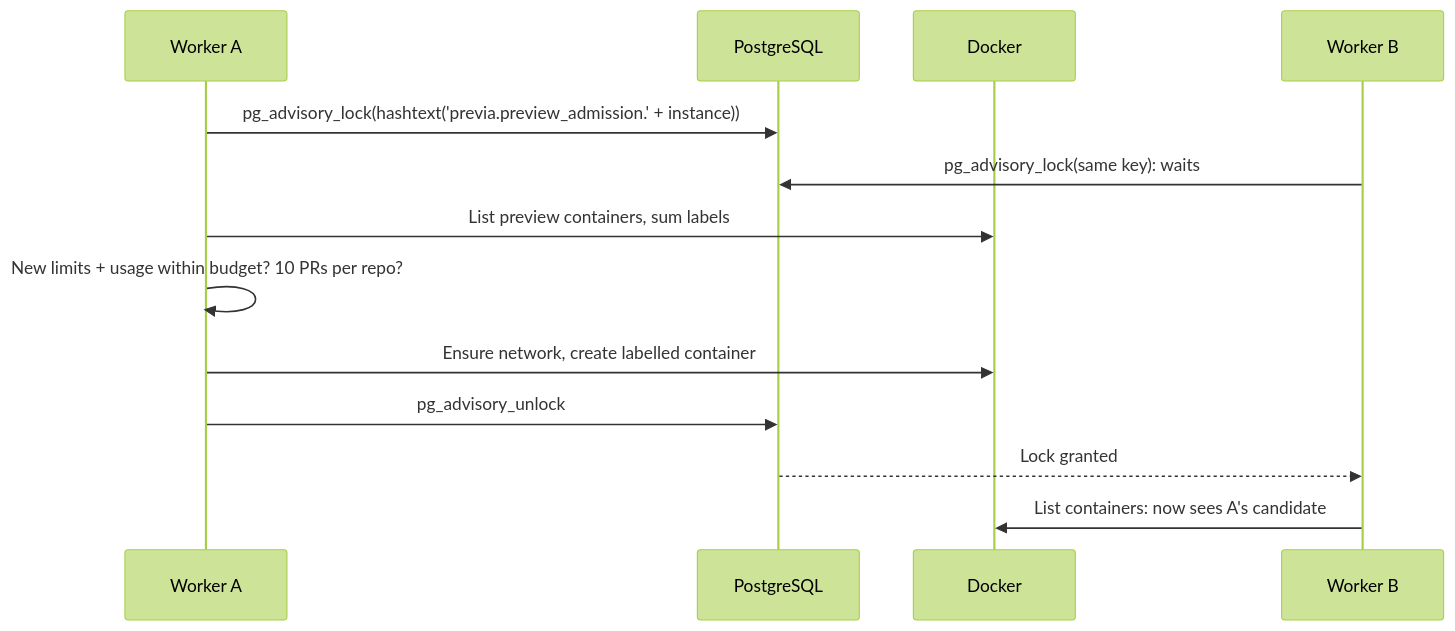
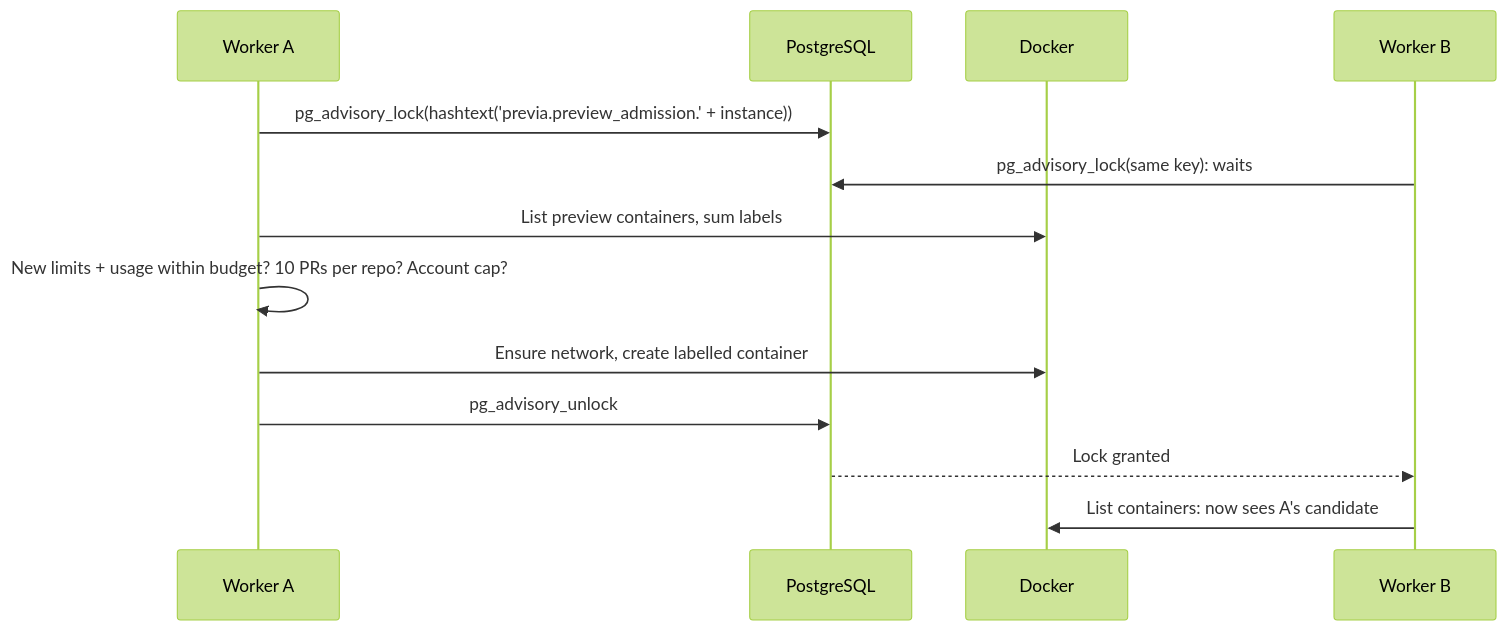
Diagram 25 of 44 in technical-docs/inside-previa.md (ajaykathwate/Previa), drawn with Mermaid (forest theme) before and after one commit. The commit also changed other lines of this file and 19 other files, not shown here.

````diff
--- a/technical-docs/inside-previa.md
+++ b/technical-docs/inside-previa.md
@@ -1692,15 +1851,15 @@
 ```mermaid
 sequenceDiagram
     participant W1 as Worker A
     participant DB as PostgreSQL
     participant D as Docker
     participant W2 as Worker B
     W1->>DB: pg_advisory_lock(hashtext('previa.preview_admission.' + instance))
     W2->>DB: pg_advisory_lock(same key): waits
     W1->>D: List preview containers, sum labels
-    W1->>W1: New limits + usage within budget? 10 PRs per repo?
+    W1->>W1: New limits + usage within budget? 10 PRs per repo? Account cap?
     W1->>D: Ensure network, create labelled container
     W1->>DB: pg_advisory_unlock
     DB-->>W2: Lock granted
     W2->>D: List containers: now sees A's candidate
 ```
````
